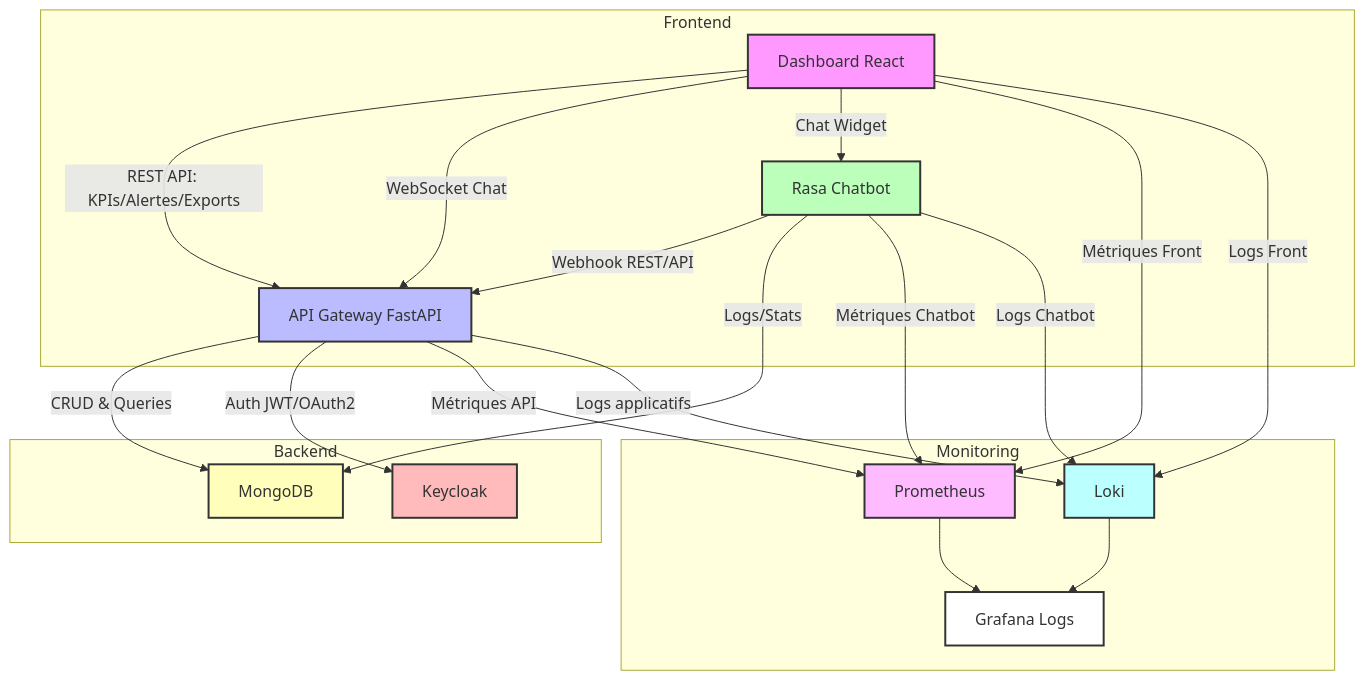
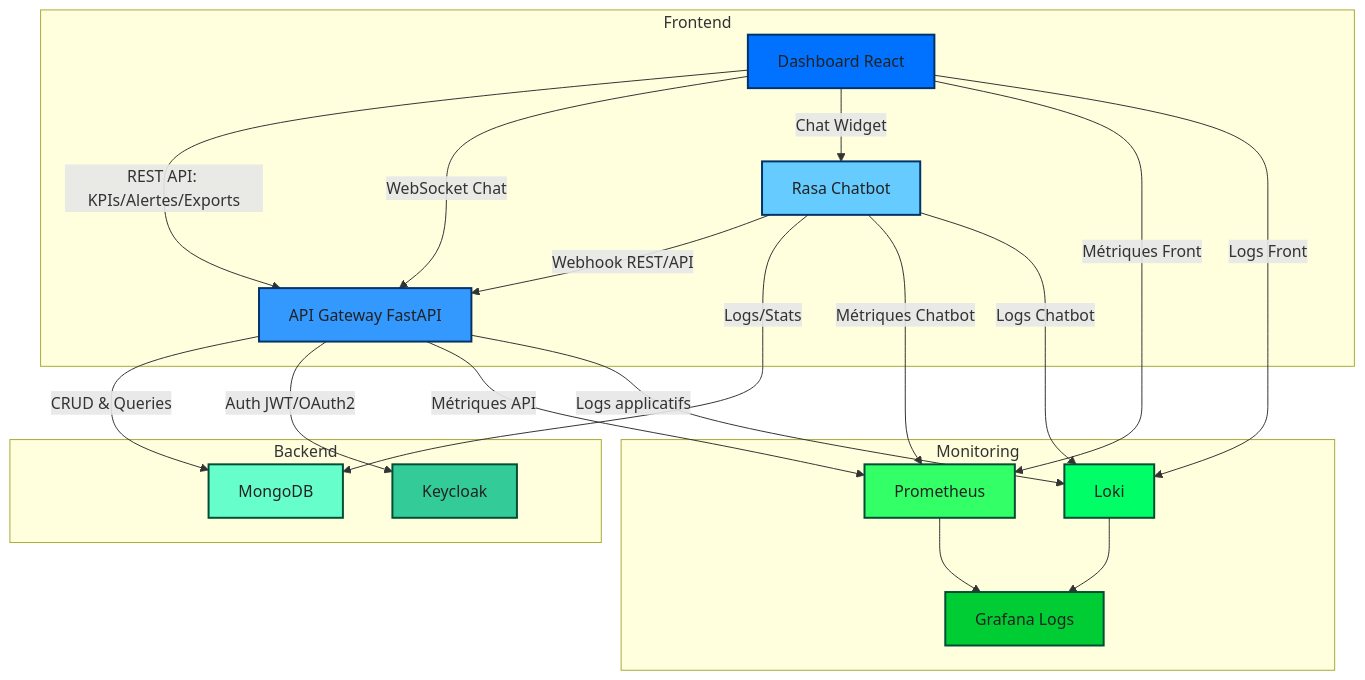
One commit to SalimM21/Interface-Utilisateur-Dashboard-Chatbot changed the diagram in interface_utilisateur/README.md. Above: the diagram before and after it, drawn with Mermaid. The commit also changed other lines of this file, not shown here.

First line of the commit message:
Revise architecture diagram and styles in README

````diff
--- a/interface_utilisateur/README.md
+++ b/interface_utilisateur/README.md
@@ -72,39 +19,40 @@
 ```mermaid
 graph TD
     %% Frontend
     subgraph Frontend
         A[Dashboard React] -->|REST API: KPIs/Alertes/Exports| B[API Gateway FastAPI]
         A -->|WebSocket Chat| B
         A -->|Chat Widget| C[Rasa Chatbot]
     end
 
     %% Backend
     subgraph Backend
         B -->|CRUD & Queries| D[MongoDB]
         B -->|Auth JWT/OAuth2| E[Keycloak]
         C -->|Webhook REST/API| B
         C -->|Logs/Stats| D
     end
 
     %% Monitoring
     subgraph Monitoring
         B -->|Métriques API| F[Prometheus]
         A -->|Métriques Front| F
         C -->|Métriques Chatbot| F
         B -->|Logs applicatifs| G[Loki]
         A -->|Logs Front| G
         C -->|Logs Chatbot| G
         F --> H[Grafana Dashboards KPIs & Latence]
         G --> H[Grafana Logs]
     end
 
     %% Flows
-    style A fill:#f9f,stroke:#333,stroke-width:2px
-    style B fill:#bbf,stroke:#333,stroke-width:2px
-    style C fill:#bfb,stroke:#333,stroke-width:2px
-    style D fill:#ffb,stroke:#333,stroke-width:2px
-    style E fill:#fbb,stroke:#333,stroke-width:2px
-    style F fill:#fbf,stroke:#333,stroke-width:2px
-    style G fill:#bff,stroke:#333,stroke-width:2px
-    style H fill:#fff,stroke:#333,stroke-width:2px
+    style A fill:#0072ff,stroke:#003366,stroke-width:2px,color:#222
+    style B fill:#3399ff,stroke:#003366,stroke-width:2px,color:#222
+    style C fill:#66ccff,stroke:#003366,stroke-width:2px,color:#222
+    style D fill:#66ffcc,stroke:#004d33,stroke-width:2px,color:#222
+    style E fill:#33cc99,stroke:#004d33,stroke-width:2px,color:#222
+    style F fill:#33ff66,stroke:#004d33,stroke-width:2px,color:#222
+    style G fill:#00ff66,stroke:#004d33,stroke-width:2px,color:#222
+    style H fill:#00cc33,stroke:#004d33,stroke-width:2px,color:#222
+
 ```
````
